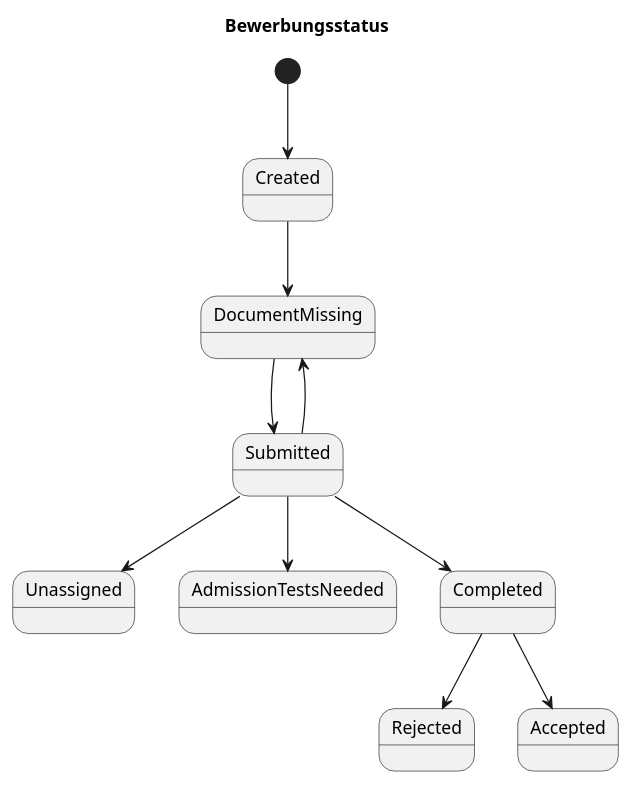
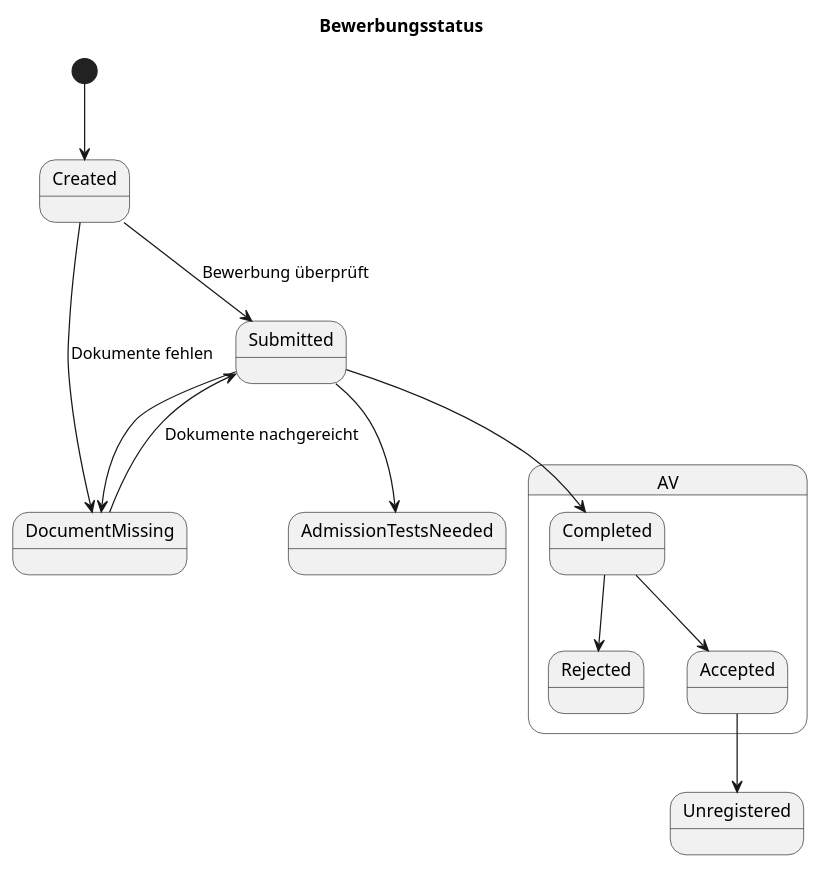
One commit to RegisterPlatform/Documentation changed the diagram in stake-doc/status.puml. Above: the diagram before and after it, drawn with PlantUML.

Commit message:
update puml for new states

```diff
--- a/stake-doc/status.puml
+++ b/stake-doc/status.puml
@@ -1,15 +1,30 @@
-@startuml (status)
+@startuml
 title Bewerbungsstatus
+
+state Created
+state Unregistered
+state Submitted
+state DocumentMissing
+state AdmissionTestsNeeded
 
 [*] --> Created
 
-Created --> DocumentMissing
-DocumentMissing --> Submitted
-Submitted --> Unassigned
+Created --> DocumentMissing : Dokumente fehlen
+Created --> Submitted : Bewerbung überprüft
+DocumentMissing --> Submitted : Dokumente nachgereicht
+
+state "AV" as AV {
+    state Completed
+    state Rejected
+    state Accepted
+}
+
+Submitted --> Completed
 Submitted --> DocumentMissing
 Submitted --> AdmissionTestsNeeded
-Submitted --> Completed
 Completed --> Rejected
 Completed --> Accepted
 
+Accepted --> Unregistered
+
 @enduml
```
